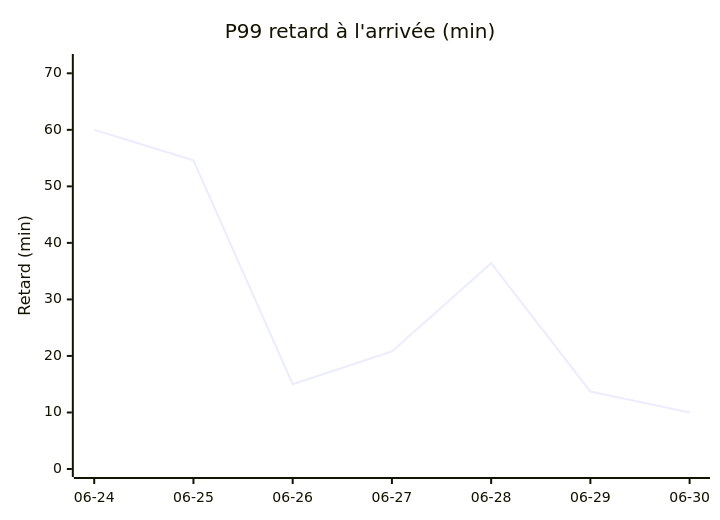
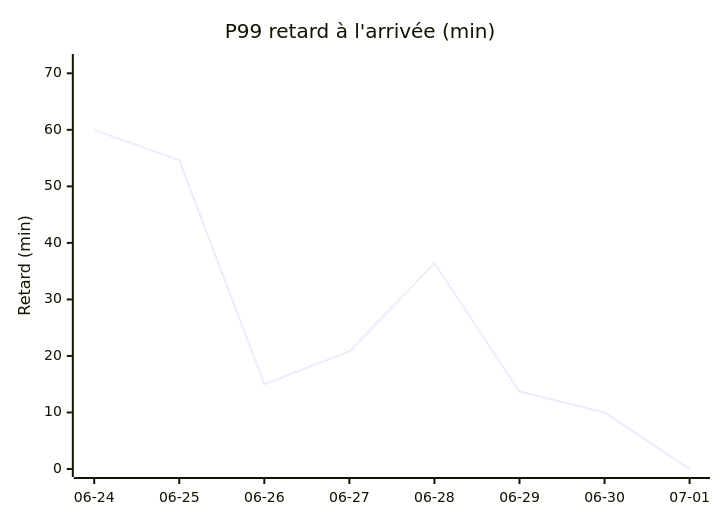
The second of 4 diagrams in STATS.md (antoinerep/horaire-ter), drawn with Mermaid before and after one commit. The commit also changed other lines of this file and 1 other file, not shown here.

````diff
--- a/STATS.md
+++ b/STATS.md
@@ -39,7 +39,7 @@
 ```mermaid
 xychart-beta
     title "P99 retard à l'arrivée (min)"
-    x-axis ["06-24", "06-25", "06-26", "06-27", "06-28", "06-29", "06-30"]
+    x-axis ["06-24", "06-25", "06-26", "06-27", "06-28", "06-29", "06-30", "07-01"]
     y-axis "Retard (min)" 0 --> 72
-    line [60.0, 54.6, 15.0, 20.8, 36.4, 13.7, 10.0]
+    line [60.0, 54.6, 15.0, 20.8, 36.4, 13.7, 10.0, 0.0]
 ```
````
